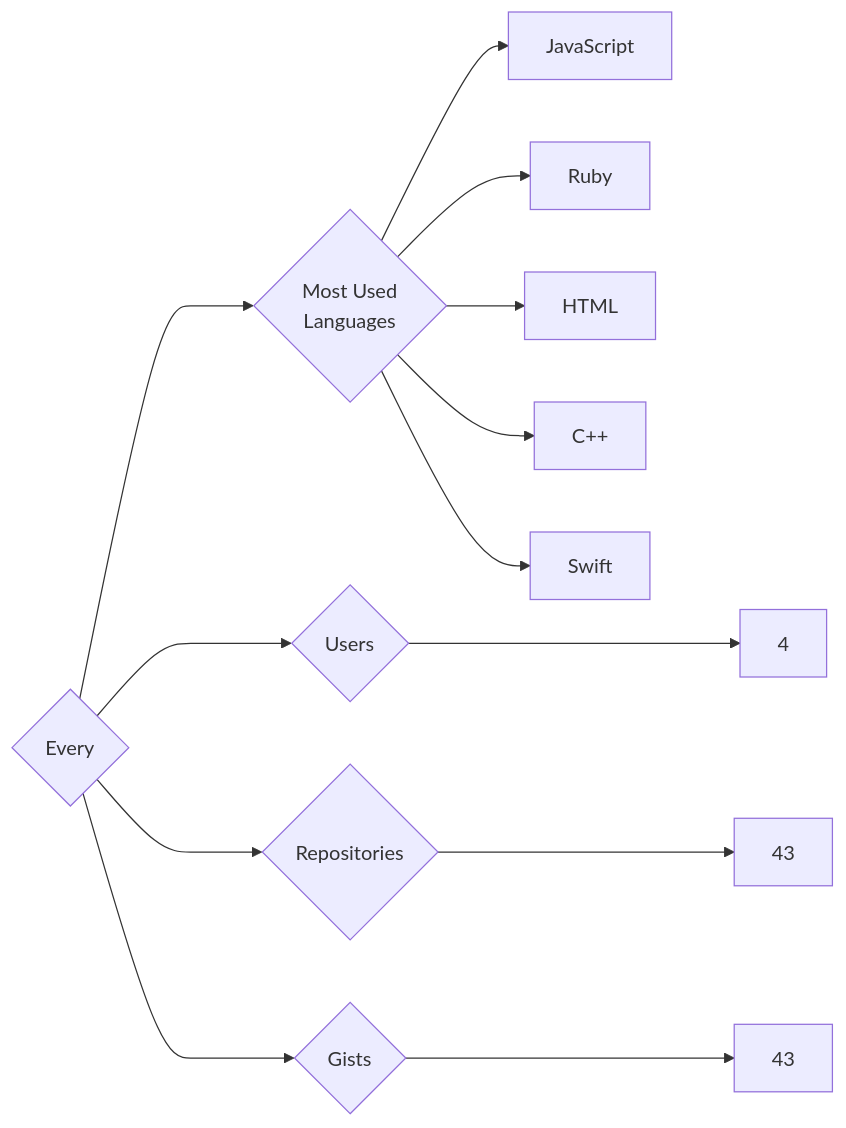
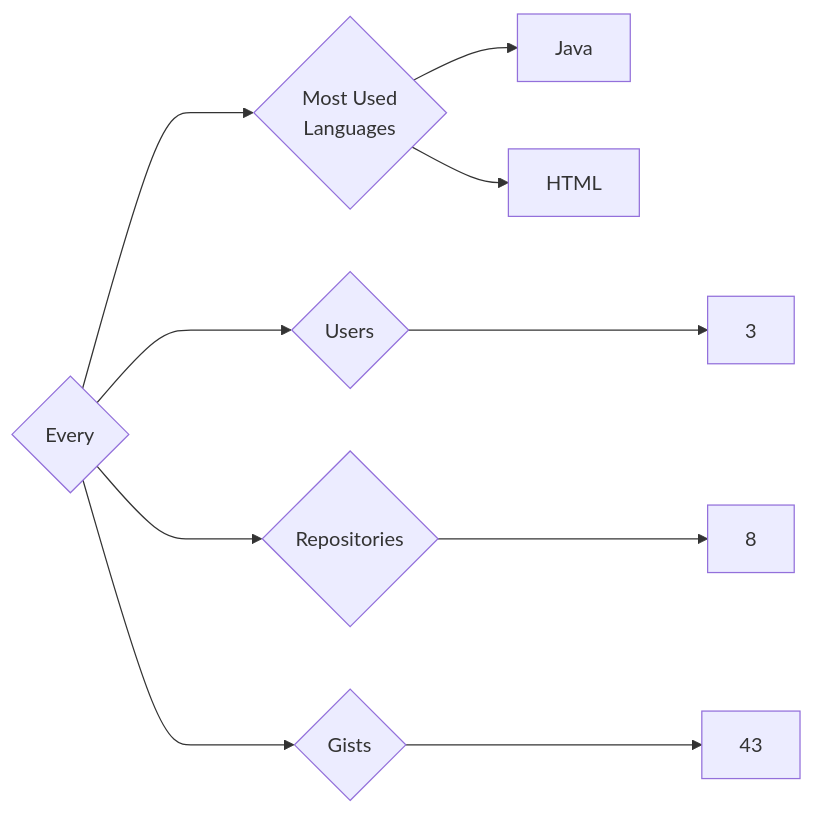
One commit to trickest/insiders changed the diagram in targets/Every/README.md. Above: the diagram before and after it, drawn with Mermaid. The commit also changed 681 other files, not shown here.

````diff
--- a/targets/Every/README.md
+++ b/targets/Every/README.md
@@ -3,13 +3,10 @@
 ```mermaid
 graph LR
 COMPANY_NAME{Every}
-COMPANY_NAME ---> U{Users} ---> UN[4]
-COMPANY_NAME ---> R{Repositories} ---> RN[43]
+COMPANY_NAME ---> U{Users} ---> UN[3]
+COMPANY_NAME ---> R{Repositories} ---> RN[8]
 COMPANY_NAME ---> G{Gists} ---> GN[43]
 COMPANY_NAME ---> ML{Most Used<br>Languages}
-ML --> JavaScript[JavaScript]
-ML --> Ruby[Ruby]
+ML --> Java[Java]
 ML --> HTML[HTML]
-ML --> C++[C++]
-ML --> Swift[Swift]
 ```
````
